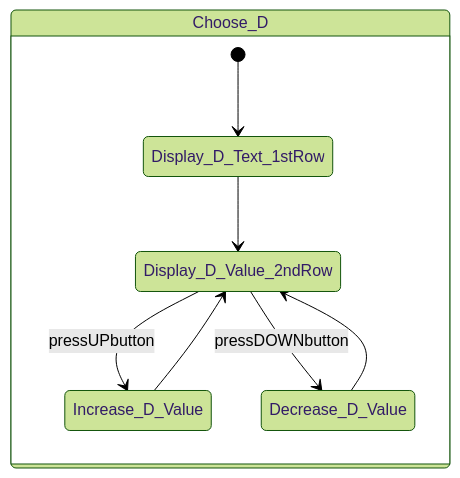
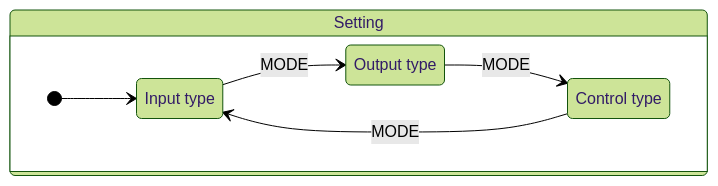
One commit to sondhg/embedded-control-fsm changed the third of 4 diagrams in interface.md. Above: the diagram before and after it, drawn with Mermaid (forest theme). The commit also changed other lines of this file, not shown here.

Commit message:
refactor interface.md to improve clarity and organization of state diagrams for temperature controller

````diff
--- a/interface.md
+++ b/interface.md
@@ -167,14 +48,13 @@
 ```mermaid
 stateDiagram-v2
-    direction TB
-    state Choose_D {
-        [*] --> Display_D_Text_1stRow
-        Display_D_Text_1stRow --> Display_D_Value_2ndRow
-        Display_D_Value_2ndRow --> Increase_D_Value: pressUPbutton
-        Increase_D_Value --> Display_D_Value_2ndRow
-        Display_D_Value_2ndRow --> Decrease_D_Value: pressDOWNbutton
-        Decrease_D_Value --> Display_D_Value_2ndRow
-
-
-        }
+state Setting {
+    direction LR
+    input: Input type
+    output: Output type
+    control: Control type
+    [*] --> input
+    input --> output: MODE
+    output --> control: MODE
+    control --> input: MODE
+}
 ```
````
